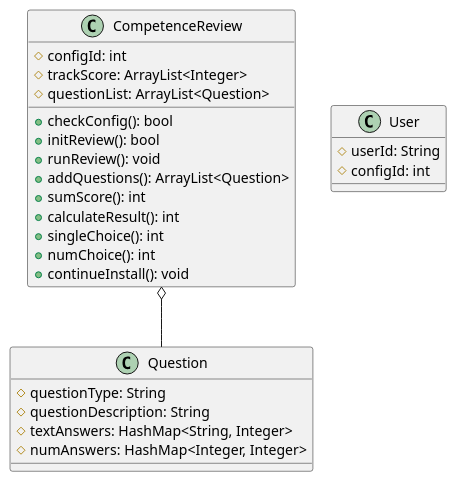
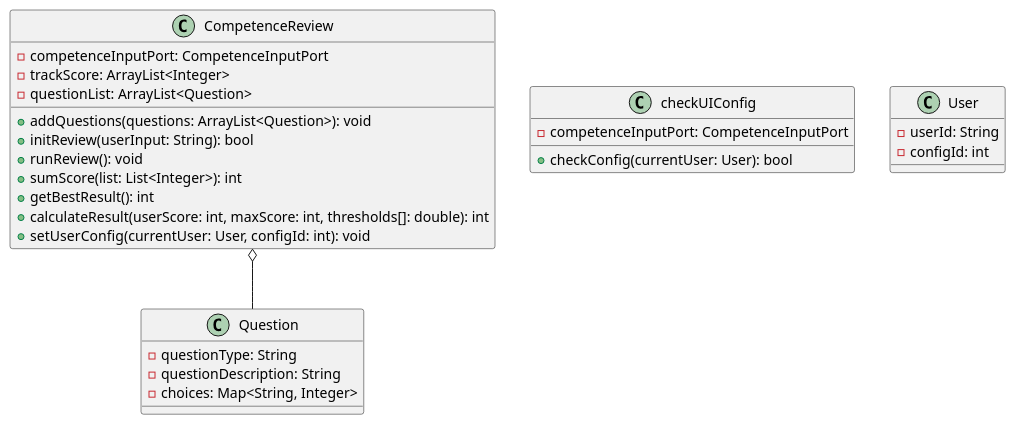
The diagram in SET_gruppe_13/src/main/java/no/hiof/g13/uml/competence_reviewUML.puml (MaRoeIT/SoftwareEng_Gruppe_13), drawn with PlantUML before and after one commit. The commit also changed 9 other files, not shown here.

```diff
--- a/SET_gruppe_13/src/main/java/no/hiof/g13/uml/competence_reviewUML.puml
+++ b/SET_gruppe_13/src/main/java/no/hiof/g13/uml/competence_reviewUML.puml
@@ -1,34 +1,37 @@
 @startuml
 'https://plantuml.com/class-diagram
 
 class CompetenceReview {
-    #configId: int
-    #trackScore: ArrayList<Integer>
-    #questionList: ArrayList<Question>
+    -competenceInputPort: CompetenceInputPort
+    -trackScore: ArrayList<Integer>
+    -questionList: ArrayList<Question>
 
-    +checkConfig(): bool
-    +initReview(): bool
+    +addQuestions(questions: ArrayList<Question>): void
+    +initReview(userInput: String): bool
     +runReview(): void
-    +addQuestions(): ArrayList<Question>
-    +sumScore(): int
-    +calculateResult(): int
-    +singleChoice(): int
-    +numChoice(): int
-    +continueInstall(): void
+    +sumScore(list: List<Integer>): int
+    +getBestResult(): int
+    +calculateResult(userScore: int, maxScore: int, thresholds[]: double): int
+    +setUserConfig(currentUser: User, configId: int): void
+}
+
+class checkUIConfig {
+    -competenceInputPort: CompetenceInputPort
+
+    +checkConfig(currentUser: User): bool
 
 }
 
 class Question {
-    #questionType: String
-    #questionDescription: String
-    #textAnswers: HashMap<String, Integer>
-    #numAnswers: HashMap<Integer, Integer>
+    -questionType: String
+    -questionDescription: String
+    -choices: Map<String, Integer>
 }
 
 class User {
-    #userId: String
-    #configId: int
+    -userId: String
+    -configId: int
 }
 
 CompetenceReview o-- Question
 @enduml
```
